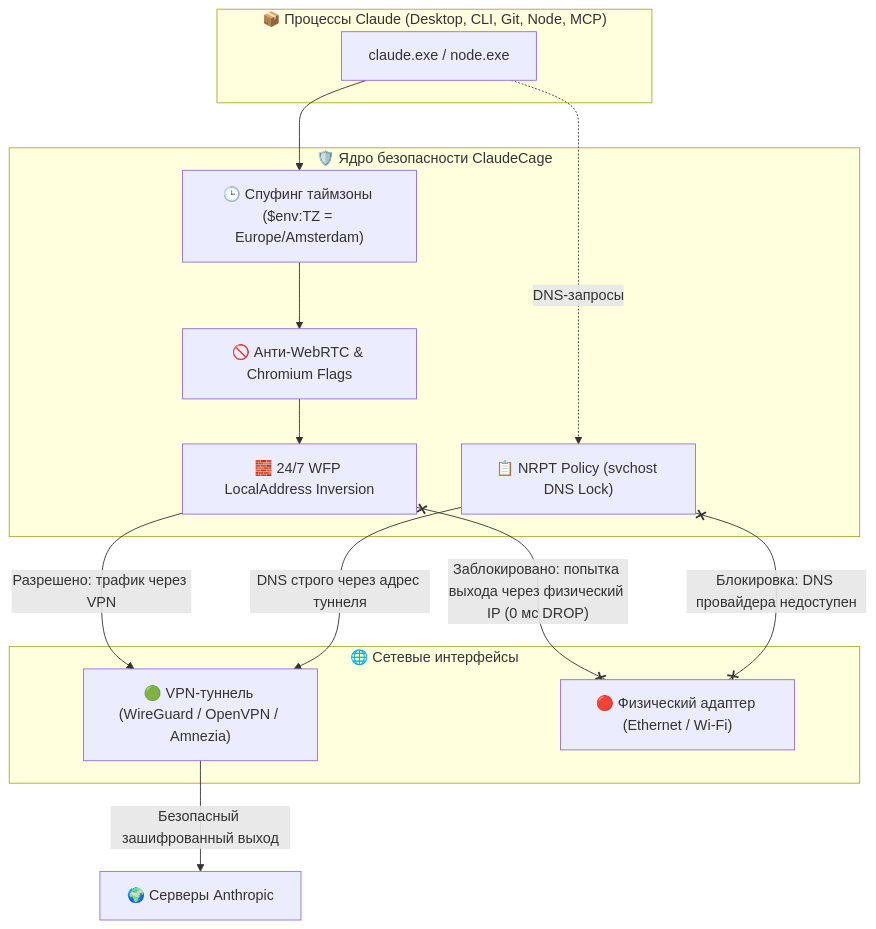
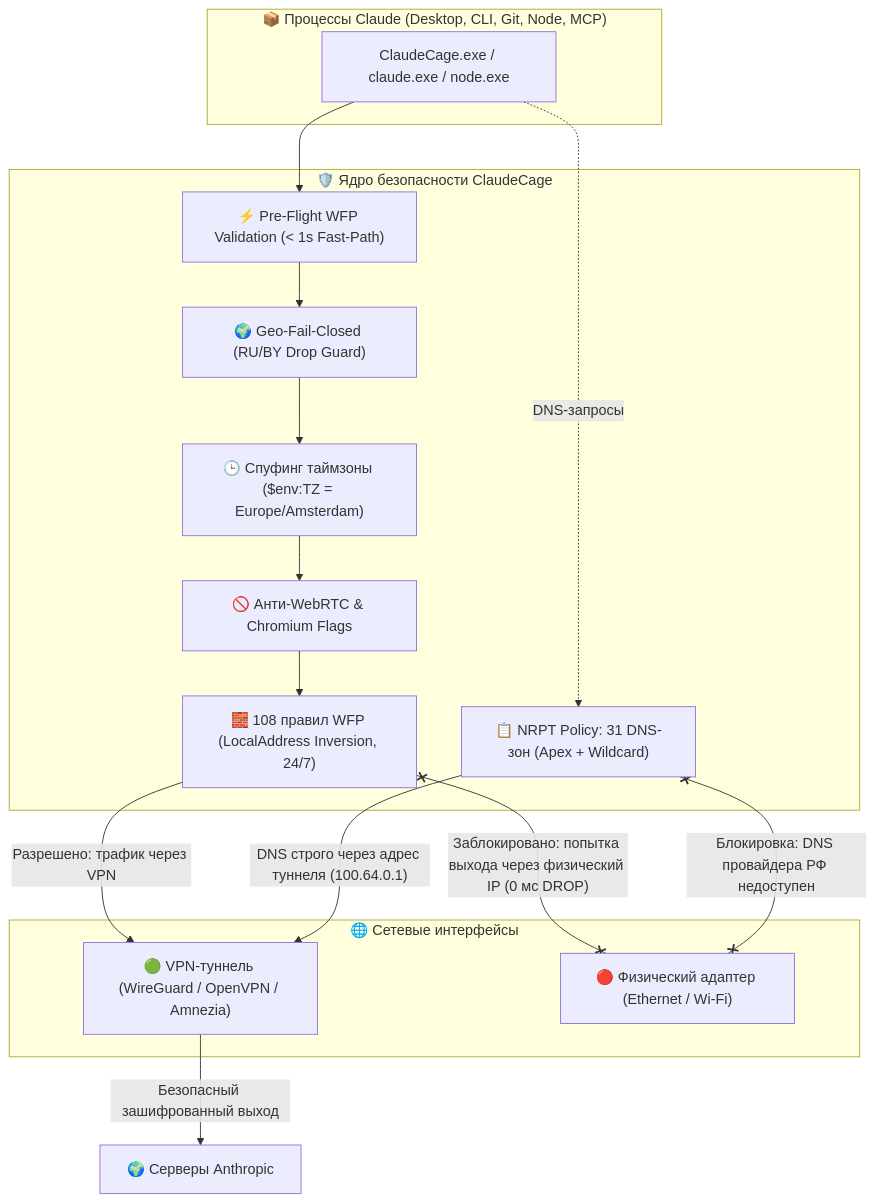
Before and after one commit to NikitaLozinsky/ClaudeCage_win11: the diagram in README.md, drawn with Mermaid. The commit also changed other lines of this file and 3 other files, not shown here.

````diff
--- a/README.md
+++ b/README.md
@@ -28,28 +32,30 @@
 ```mermaid
 flowchart TD
     subgraph App["📦 Процессы Claude (Desktop, CLI, Git, Node, MCP)"]
-        CL["claude.exe / node.exe"]
+        CL["ClaudeCage.exe / claude.exe / node.exe"]
     end
 
     subgraph Defense["🛡️ Ядро безопасности ClaudeCage"]
+        PRE["⚡ Pre-Flight WFP Validation (< 1s Fast-Path)"]
+        GEO["🌍 Geo-Fail-Closed (RU/BY Drop Guard)"]
         TZ["🕒 Спуфинг таймзоны ($env:TZ = Europe/Amsterdam)"]
         RTC["🚫 Анти-WebRTC & Chromium Flags"]
-        NRPT["📋 NRPT Policy (svchost DNS Lock)"]
-        WFP["🧱 24/7 WFP LocalAddress Inversion"]
+        NRPT["📋 NRPT Policy: 31 DNS-зон (Apex + Wildcard)"]
+        WFP["🧱 108 правил WFP (LocalAddress Inversion, 24/7)"]
     end
 
     subgraph Net["🌐 Сетевые интерфейсы"]
         VPN["🟢 VPN-туннель (WireGuard / OpenVPN / Amnezia)"]
         ETH["🔴 Физический адаптер (Ethernet / Wi-Fi)"]
     end
 
-    CL --> TZ --> RTC --> WFP
+    CL --> PRE --> GEO --> TZ --> RTC --> WFP
     CL -.->|"DNS-запросы"| NRPT
 
     WFP -->|"Разрешено: трафик через VPN"| VPN
     WFP x--x|"Заблокировано: попытка выхода через физический IP (0 мс DROP)"| ETH
-    NRPT -->|"DNS строго через адрес туннеля"| VPN
-    NRPT x--x|"Блокировка: DNS провайдера недоступен"| ETH
+    NRPT -->|"DNS строго через адрес туннеля (100.64.0.1)"| VPN
+    NRPT x--x|"Блокировка: DNS провайдера РФ недоступен"| ETH
 
     VPN -->|"Безопасный зашифрованный выход"| Internet["🌍 Серверы Anthropic"]
 ```
````
